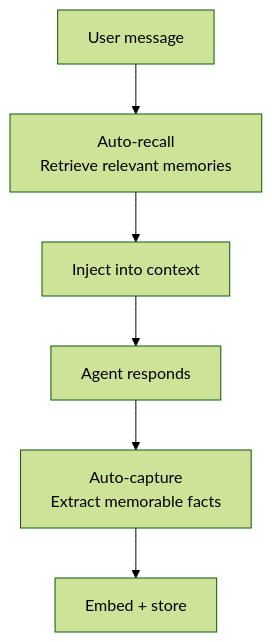
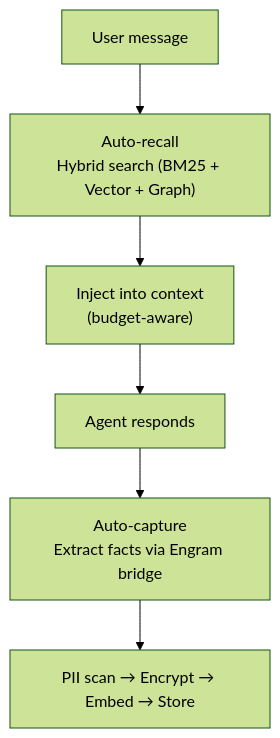
One commit to elisplash/paw changed the second of 3 diagrams in guides/memory.mdx. Above: the diagram before and after it, drawn with Mermaid (forest theme). The commit also changed other lines of this file and 52 other files, not shown here.

First line of the commit message:
feat: Project Engram - memory overhaul with three-tier architecture

````diff
--- a/guides/memory.mdx
+++ b/guides/memory.mdx
@@ -12,8 +39,8 @@
 ```mermaid actions={false}
 graph TD
-    A["User message"] --> B["Auto-recall\nRetrieve relevant memories"]
-    B --> C["Inject into context"]
+    A["User message"] --> B["Auto-recall\nHybrid search (BM25 + Vector + Graph)"]
+    B --> C["Inject into context\n(budget-aware)"]
     C --> D["Agent responds"]
-    D --> E["Auto-capture\nExtract memorable facts"]
-    E --> F["Embed + store"]
+    D --> E["Auto-capture\nExtract facts via Engram bridge"]
+    E --> F["PII scan → Encrypt → Embed → Store"]
 ```
````
